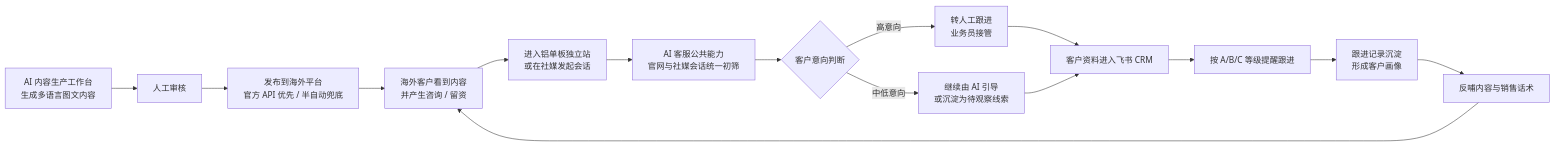
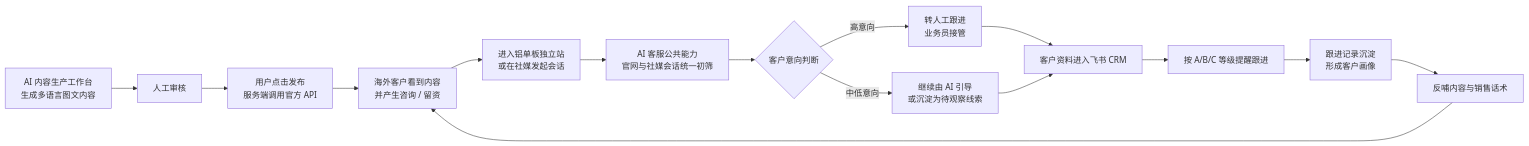
One commit to jueyunai/ivybm changed the first of 6 diagrams in docs/requirements/一期需求说明文档.md. Above: the diagram before and after it, drawn with Mermaid. The commit also changed other lines of this file and 10 other files, not shown here.

````diff
--- a/docs/requirements/一期需求说明文档.md
+++ b/docs/requirements/一期需求说明文档.md
@@ -34,17 +36,17 @@
 ```mermaid
 flowchart LR
     P["AI 内容生产工作台<br/>生成多语言图文内容"] --> Q["人工审核"]
-    Q --> R["发布到海外平台<br/>官方 API 优先 / 半自动兜底"]
+    Q --> R["用户点击发布<br/>服务端调用官方 API"]
     R --> A["海外客户看到内容<br/>并产生咨询 / 留资"]
     A --> B["进入铝单板独立站<br/>或在社媒发起会话"]
     B --> C["AI 客服公共能力<br/>官网与社媒会话统一初筛"]
     C --> D{"客户意向判断"}
     D -->|高意向| E["转人工跟进<br/>业务员接管"]
     D -->|中低意向| F["继续由 AI 引导<br/>或沉淀为待观察线索"]
     E --> G["客户资料进入飞书 CRM"]
     F --> G
     G --> H["按 A/B/C 等级提醒跟进"]
     H --> I["跟进记录沉淀<br/>形成客户画像"]
     I --> J["反哺内容与销售话术"]
     J --> A
 ```
````
